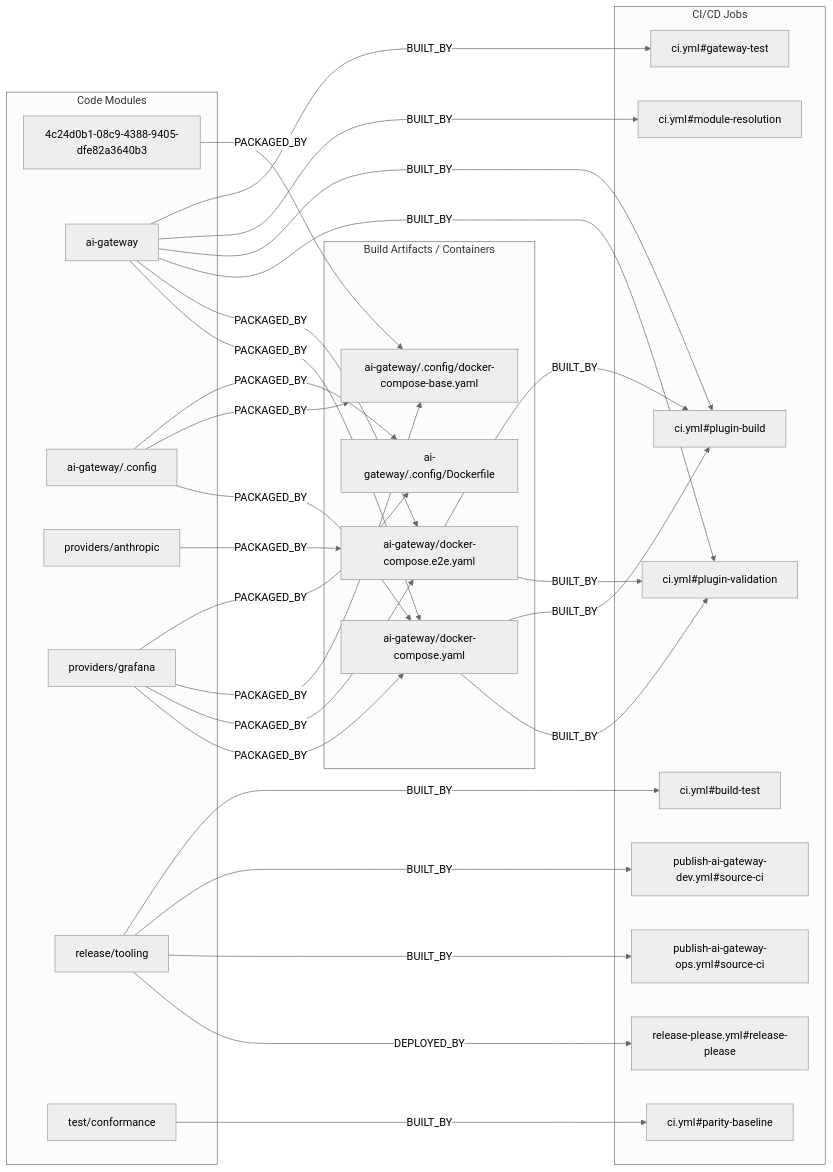
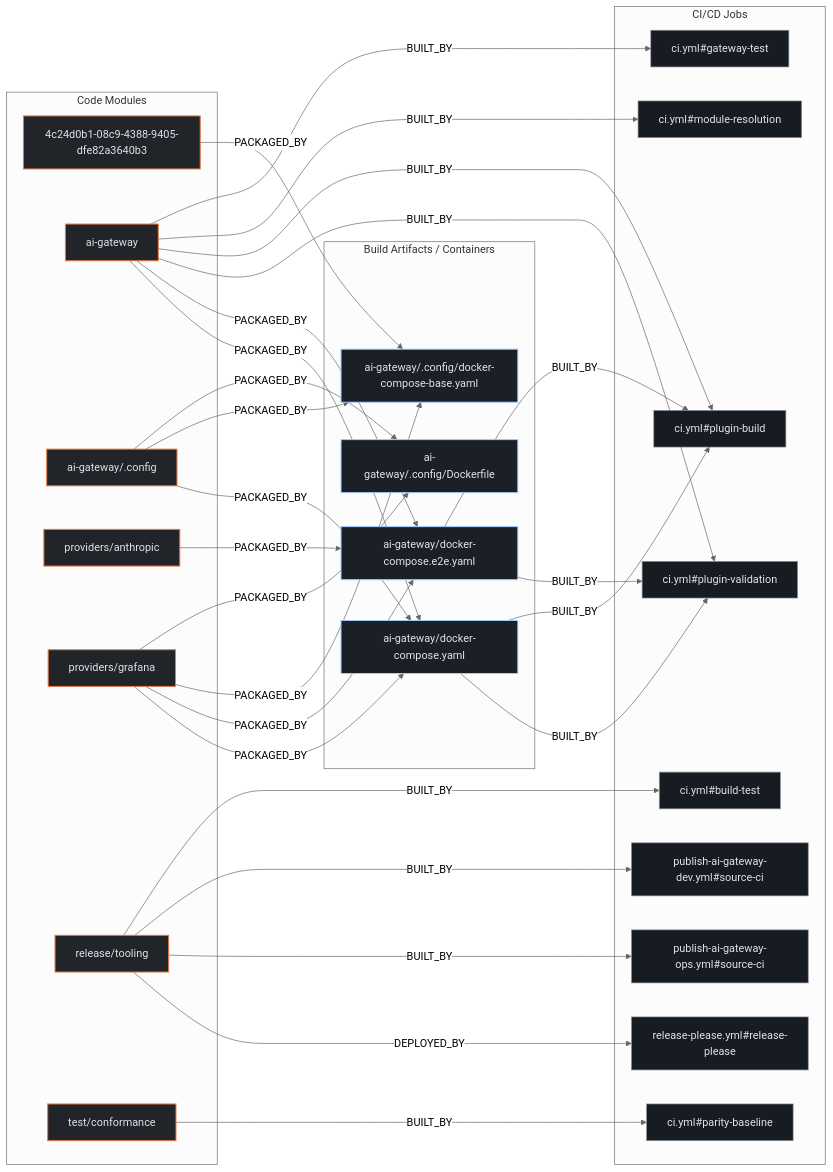
Before and after one commit to kumarshaz/atruss-code-atlas: the second of 3 diagrams in exports/latest/reports/grafana-ai-sdk-report.md, drawn with Mermaid (neutral theme). The commit also changed other lines of this file and 331 other files, not shown here.

Commit message:
docs,ui,fix: update SDLC docs, reorder CI/CD DAG first, stylize Mermaid, and fix Arc42 pipeline topology

````diff
--- a/exports/latest/reports/grafana-ai-sdk-report.md
+++ b/exports/latest/reports/grafana-ai-sdk-report.md
@@ -202,53 +209,57 @@
 ```mermaid
 flowchart LR
+    classDef atlasCategory fill:#212428,stroke:#E87A48,stroke-width:1.5px,color:#dfe3eb
+    classDef atlasWorkflow fill:#1b2026,stroke:#a3c9ff,stroke-width:1.5px,color:#dfe3eb
+    classDef atlasJob fill:#171c22,stroke:#8d9199,stroke-width:1px,color:#dfe3eb
+    classDef atlasTarget fill:#005227,stroke:#8bd99b,stroke-width:1.5px,color:#a7f6b6
     subgraph code_modules["Code Modules"]
-        mod_4c24d0b1_08c9_4388_9405_dfe82a3640b3["4c24d0b1-08c9-4388-9405-dfe82a3640b3"]
-        mod_ai_gateway["ai-gateway"]
-        mod_ai_gateway__config["ai-gateway/.config"]
-        mod_providers_anthropic["providers/anthropic"]
-        mod_providers_grafana["providers/grafana"]
-        mod_release_tooling["release/tooling"]
-        mod_test_conformance["test/conformance"]
+        mod_4c24d0b1_08c9_4388_9405_dfe82a3640b3["4c24d0b1-08c9-4388-9405-dfe82a3640b3"]:::atlasCategory
+        mod_ai_gateway["ai-gateway"]:::atlasCategory
+        mod_ai_gateway__config["ai-gateway/.config"]:::atlasCategory
+        mod_providers_anthropic["providers/anthropic"]:::atlasCategory
+        mod_providers_grafana["providers/grafana"]:::atlasCategory
+        mod_release_tooling["release/tooling"]:::atlasCategory
+        mod_test_conformance["test/conformance"]:::atlasCategory
     end
     subgraph build_artifacts["Build Artifacts / Containers"]
-        art_ai_gateway__config_Dockerfile["ai-gateway/.config/Dockerfile"]
-        art_ai_gateway__config_docker_compose_base_yaml["ai-gateway/.config/docker-compose-base.yaml"]
-        art_ai_gateway_docker_compose_e2e_yaml["ai-gateway/docker-compose.e2e.yaml"]
-        art_ai_gateway_docker_compose_yaml["ai-gateway/docker-compose.yaml"]
+        art_ai_gateway__config_Dockerfile["ai-gateway/.config/Dockerfile"]:::atlasWorkflow
+        art_ai_gateway__config_docker_compose_base_yaml["ai-gateway/.config/docker-compose-base.yaml"]:::atlasWorkflow
+        art_ai_gateway_docker_compose_e2e_yaml["ai-gateway/docker-compose.e2e.yaml"]:::atlasWorkflow
+        art_ai_gateway_docker_compose_yaml["ai-gateway/docker-compose.yaml"]:::atlasWorkflow
     end
     subgraph ci_jobs["CI/CD Jobs"]
-        job_ci_yml_build_test["ci.yml#build-test"]
-        job_ci_yml_gateway_test["ci.yml#gateway-test"]
-        job_ci_yml_module_resolution["ci.yml#module-resolution"]
-        job_ci_yml_parity_baseline["ci.yml#parity-baseline"]
-        job_ci_yml_plugin_build["ci.yml#plugin-build"]
-        job_ci_yml_plugin_validation["ci.yml#plugin-validation"]
-        job_publish_ai_gateway_dev_yml_source_ci["publish-ai-gateway-dev.yml#source-ci"]
-        job_publish_ai_gateway_ops_yml_source_ci["publish-ai-gateway-ops.yml#source-ci"]
-        job_release_please_yml_release_please["release-please.yml#release-please"]
+        job_ci_yml_build_test["ci.yml#build-test"]:::atlasJob
+        job_ci_yml_gateway_test["ci.yml#gateway-test"]:::atlasJob
+        job_ci_yml_module_resolution["ci.yml#module-resolution"]:::atlasJob
+        job_ci_yml_parity_baseline["ci.yml#parity-baseline"]:::atlasJob
+        job_ci_yml_plugin_build["ci.yml#plugin-build"]:::atlasJob
+        job_ci_yml_plugin_validation["ci.yml#plugin-validation"]:::atlasJob
+        job_publish_ai_gateway_dev_yml_source_ci["publish-ai-gateway-dev.yml#source-ci"]:::atlasJob
+        job_publish_ai_gateway_ops_yml_source_ci["publish-ai-gateway-ops.yml#source-ci"]:::atlasJob
+        job_release_please_yml_release_please["release-please.yml#release-please"]:::atlasJob
     end
     mod_4c24d0b1_08c9_4388_9405_dfe82a3640b3 -->|PACKAGED_BY| art_ai_gateway__config_docker_compose_base_yaml
     mod_ai_gateway -->|BUILT_BY| job_ci_yml_gateway_test
     mod_ai_gateway -->|BUILT_BY| job_ci_yml_module_resolution
     mod_ai_gateway -->|BUILT_BY| job_ci_yml_plugin_build
     mod_ai_gateway -->|BUILT_BY| job_ci_yml_plugin_validation
     mod_ai_gateway -->|PACKAGED_BY| art_ai_gateway_docker_compose_e2e_yaml
     mod_ai_gateway -->|PACKAGED_BY| art_ai_gateway_docker_compose_yaml
     mod_ai_gateway__config -->|PACKAGED_BY| art_ai_gateway__config_Dockerfile
     mod_ai_gateway__config -->|PACKAGED_BY| art_ai_gateway__config_docker_compose_base_yaml
     mod_ai_gateway__config -->|PACKAGED_BY| art_ai_gateway_docker_compose_yaml
     mod_providers_anthropic -->|PACKAGED_BY| art_ai_gateway_docker_compose_e2e_yaml
     mod_providers_grafana -->|PACKAGED_BY| art_ai_gateway__config_Dockerfile
     mod_providers_grafana -->|PACKAGED_BY| art_ai_gateway__config_docker_compose_base_yaml
     mod_providers_grafana -->|PACKAGED_BY| art_ai_gateway_docker_compose_e2e_yaml
     mod_providers_grafana -->|PACKAGED_BY| art_ai_gateway_docker_compose_yaml
     mod_release_tooling -->|BUILT_BY| job_ci_yml_build_test
     mod_release_tooling -->|BUILT_BY| job_publish_ai_gateway_dev_yml_source_ci
     mod_release_tooling -->|BUILT_BY| job_publish_ai_gateway_ops_yml_source_ci
     mod_release_tooling -->|DEPLOYED_BY| job_release_please_yml_release_please
     mod_test_conformance -->|BUILT_BY| job_ci_yml_parity_baseline
     art_ai_gateway_docker_compose_e2e_yaml -->|BUILT_BY| job_ci_yml_plugin_build
     art_ai_gateway_docker_compose_e2e_yaml -->|BUILT_BY| job_ci_yml_plugin_validation
     art_ai_gateway_docker_compose_yaml -->|BUILT_BY| job_ci_yml_plugin_build
     art_ai_gateway_docker_compose_yaml -->|BUILT_BY| job_ci_yml_plugin_validation
 ```
````
